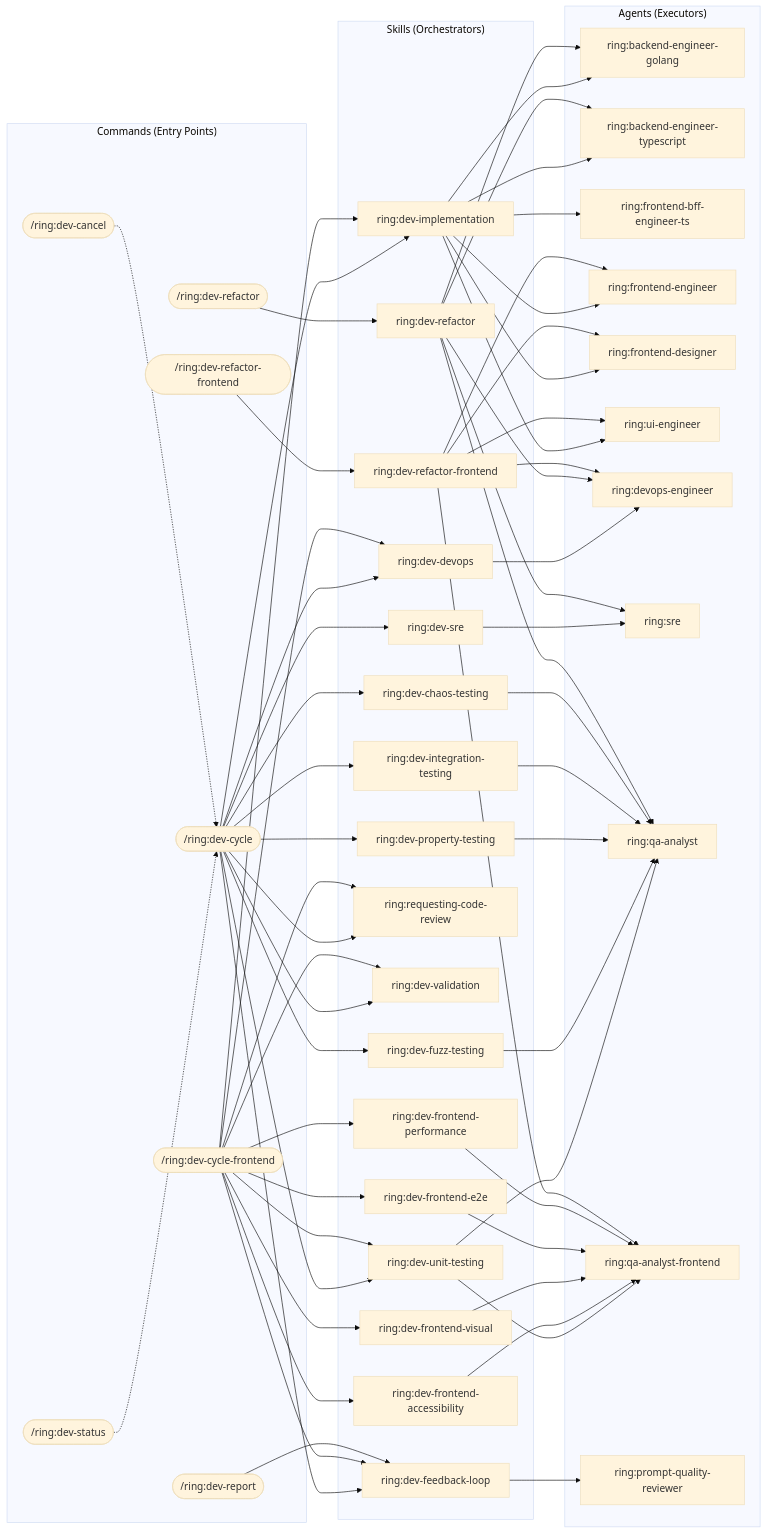
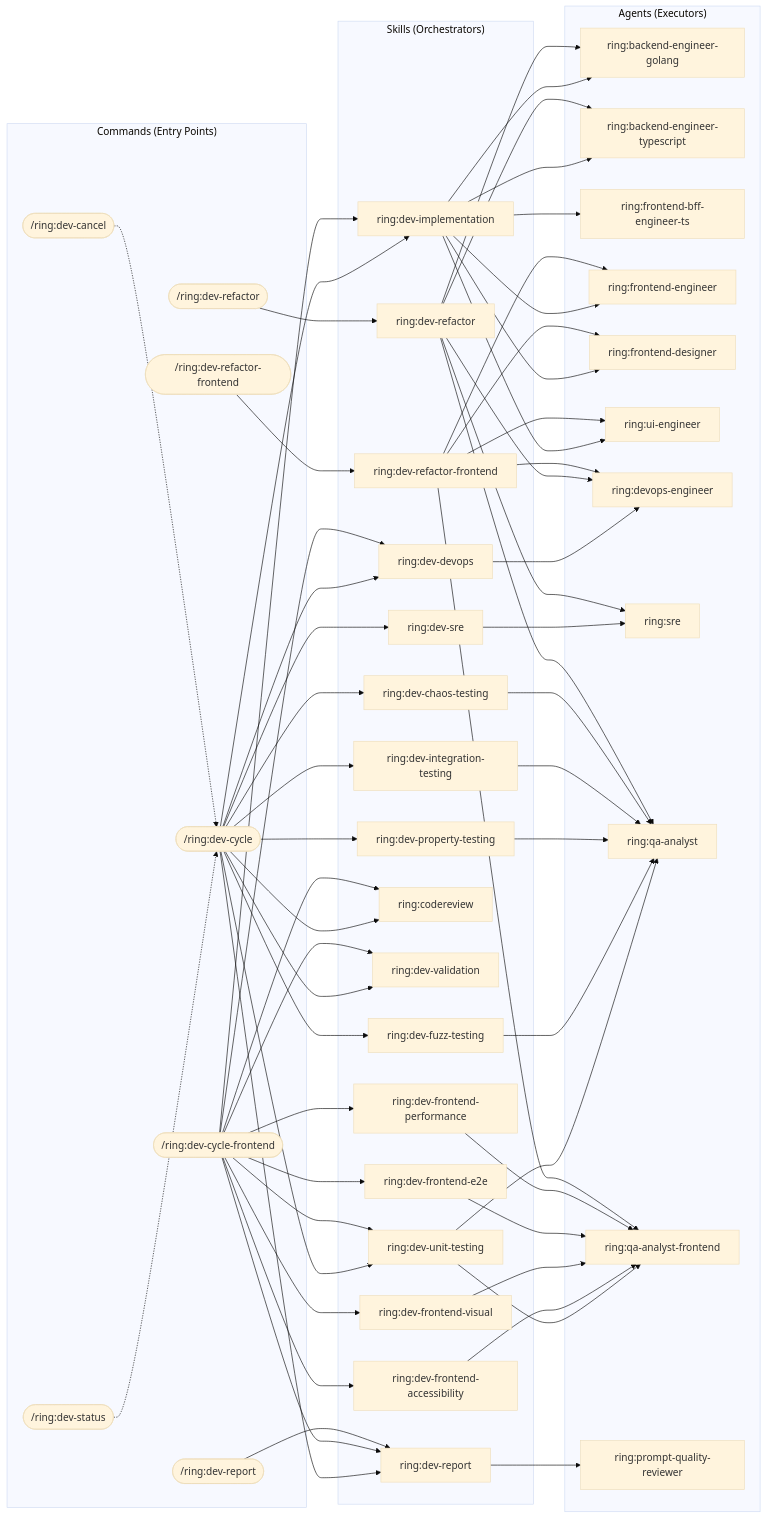
The first of 21 diagrams in dev-team/docs/dependency-diagrams.md (alexgarzao/ring), drawn with Mermaid (base theme) before and after one commit. The commit also changed other lines of this file and 131 other files, not shown here.

````diff
--- a/dev-team/docs/dependency-diagrams.md
+++ b/dev-team/docs/dependency-diagrams.md
@@ -43,73 +43,73 @@
 ```mermaid
 flowchart LR
     subgraph Commands["Commands (Entry Points)"]
         dc(["/ring:dev-cycle"])
         dcf(["/ring:dev-cycle-frontend"])
         dr(["/ring:dev-refactor"])
         drf(["/ring:dev-refactor-frontend"])
         ds(["/ring:dev-status"])
         dcancel(["/ring:dev-cancel"])
         dreport(["/ring:dev-report"])
     end
 
     subgraph Skills["Skills (Orchestrators)"]
         impl["ring:dev-implementation"]
         devops_s["ring:dev-devops"]
         sre_s["ring:dev-sre"]
         unit["ring:dev-unit-testing"]
         fuzz["ring:dev-fuzz-testing"]
         prop["ring:dev-property-testing"]
         integ["ring:dev-integration-testing"]
         chaos["ring:dev-chaos-testing"]
-        review["ring:requesting-code-review"]
+        review["ring:codereview"]
         valid["ring:dev-validation"]
         a11y["ring:dev-frontend-accessibility"]
         visual["ring:dev-frontend-visual"]
         e2e["ring:dev-frontend-e2e"]
         perf["ring:dev-frontend-performance"]
         refactor_s["ring:dev-refactor"]
         refactorFE_s["ring:dev-refactor-frontend"]
-        feedback["ring:dev-feedback-loop"]
+        feedback["ring:dev-report"]
     end
 
     subgraph Agents["Agents (Executors)"]
         goEng["ring:backend-engineer-golang"]
         tsEng["ring:backend-engineer-typescript"]
         bffEng["ring:frontend-bff-engineer-ts"]
         feEng["ring:frontend-engineer"]
         feDes["ring:frontend-designer"]
         uiEng["ring:ui-engineer"]
         devopsA["ring:devops-engineer"]
         sreA["ring:sre"]
         qaA["ring:qa-analyst"]
         qaFE["ring:qa-analyst-frontend"]
         pqr["ring:prompt-quality-reviewer"]
     end
 
     dc --> impl & devops_s & sre_s & unit & fuzz & prop & integ & chaos & review & valid
     dcf --> impl & devops_s & a11y & unit & visual & e2e & perf & review & valid
     dr --> refactor_s
     drf --> refactorFE_s
 
     impl --> goEng & tsEng & bffEng & feEng & feDes & uiEng
     devops_s --> devopsA
     sre_s --> sreA
     unit --> qaA & qaFE
     fuzz --> qaA
     prop --> qaA
     integ --> qaA
     chaos --> qaA
     a11y --> qaFE
     visual --> qaFE
     e2e --> qaFE
     perf --> qaFE
     refactor_s --> goEng & tsEng & devopsA & sreA & qaA
     refactorFE_s --> feEng & feDes & uiEng & qaFE & devopsA
 
     dc & dcf --> feedback
     feedback --> pqr
 
     ds -.-> dc
     dcancel -.-> dc
     dreport --> feedback
 ```
````
